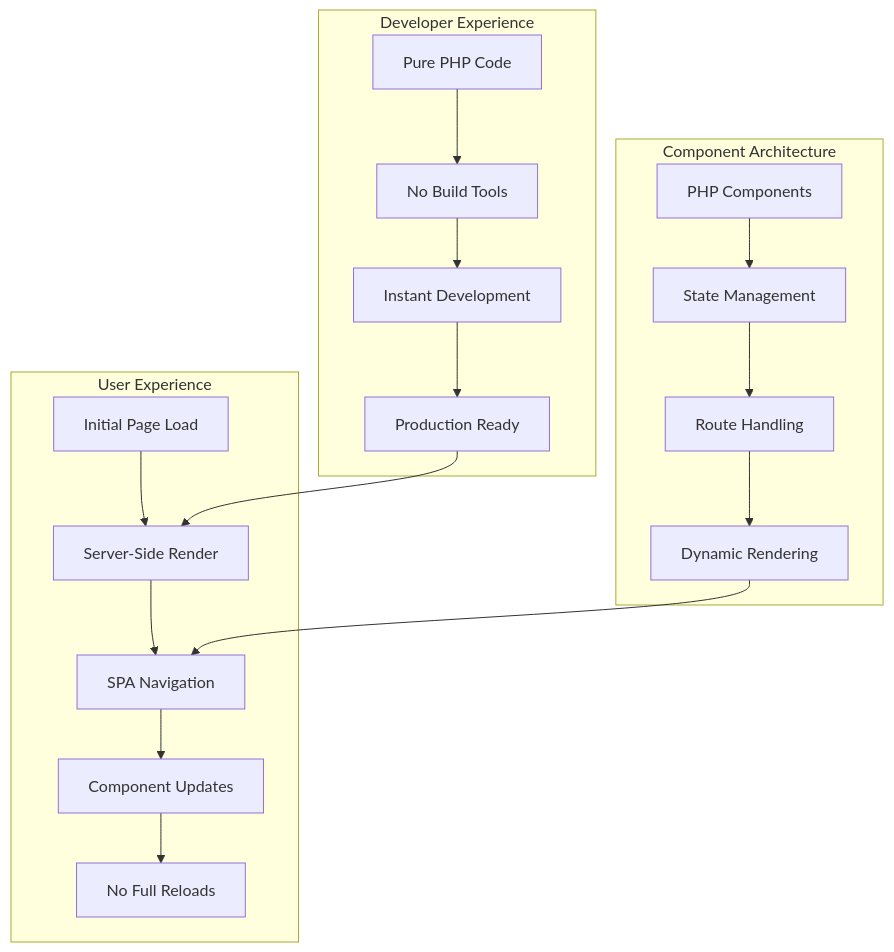
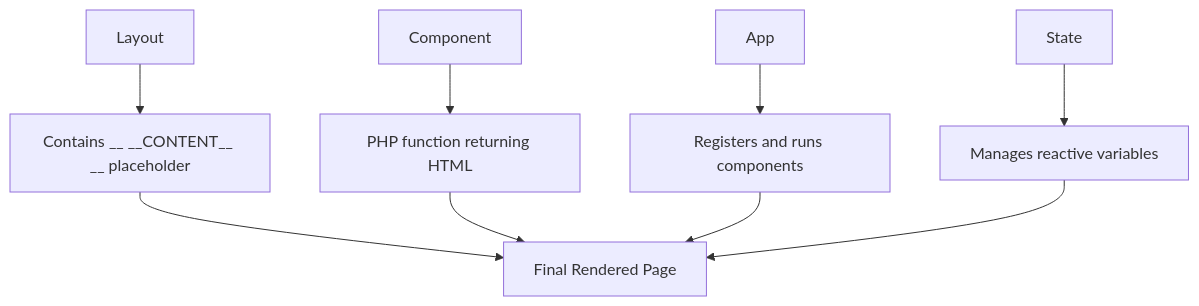
Before and after one commit to dconco/phpspa: the diagram in docs/index.md, drawn with Mermaid. The commit also changed other lines of this file and 60 other files, not shown here.

````diff
--- a/docs/index.md
+++ b/docs/index.md
@@ -84,24 +64,12 @@
 ```mermaid
-graph TB
-    subgraph "Component Architecture"
-        A[PHP Components] --> B[State Management]
-        B --> C[Route Handling]
-        C --> D[Dynamic Rendering]
-    end
-    
-    subgraph "User Experience"
-        E[Initial Page Load] --> F[Server-Side Render]
-        F --> G[SPA Navigation]
-        G --> H[Component Updates]
-        H --> I[No Full Reloads]
-    end
-    
-    subgraph "Developer Experience"
-        J[Pure PHP Code] --> K[No Build Tools]
-        K --> L[Instant Development]
-        L --> M[Production Ready]
-    end
-    
-    D --> G
-    M --> F
+graph TD
+    A[Layout] --> B[Contains __ __CONTENT__ __ placeholder]
+    C[Component] --> D[PHP function returning HTML]
+    E[App] --> F[Registers and runs components]
+    G[State] --> H[Manages reactive variables]
+
+    B --> I[Final Rendered Page]
+    D --> I
+    F --> I
+    H --> I
 ```
````
